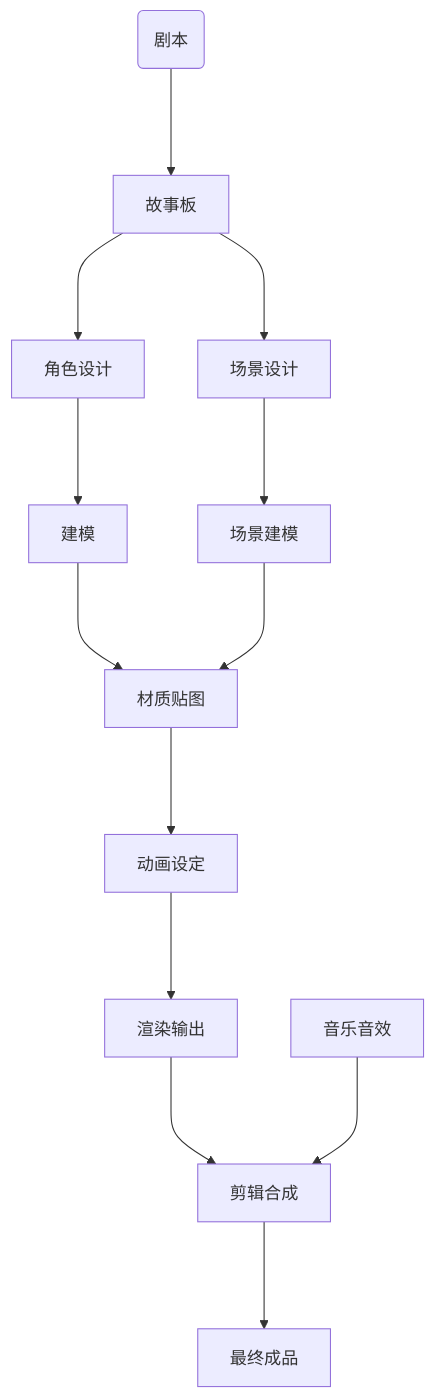
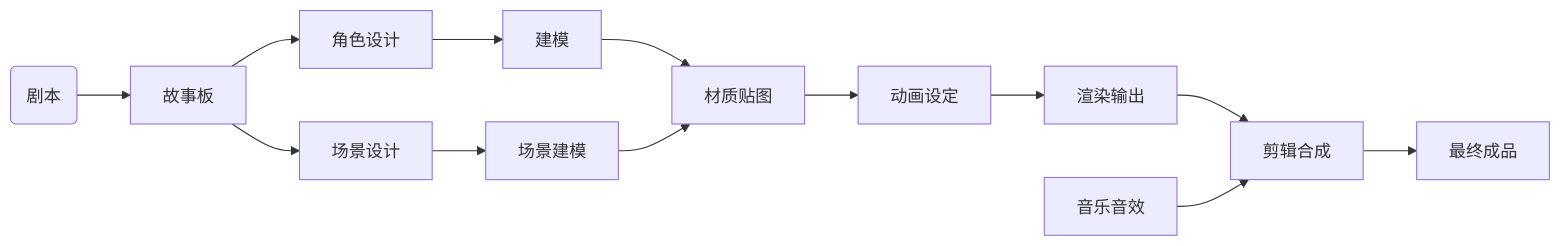
Before and after one commit to sduoffline/wiki: the first of 4 diagrams in course/Computer-Animation-Technology.md, drawn with Mermaid. The commit also changed other lines of this file, not shown here.

Commit message:
docs: update course/Computer-Animation-Technology

````diff
--- a/course/Computer-Animation-Technology.md
+++ b/course/Computer-Animation-Technology.md
@@ -208,15 +216,15 @@
 ```mermaid
-flowchart
-A(剧本)--->B[故事板]
-B--->C[角色设计]
-B--->D[场景设计]
-C--->E[建模]
-D--->F[场景建模]
-E--->G[材质贴图]
-F--->G
-G--->H[动画设定]
-H--->I[渲染输出]
-I--->J[剪辑合成]
-K[音乐音效]--->J
-J--->L[最终成品]
+flowchart LR
+A(剧本)-->B[故事板]
+B-->C[角色设计]
+B-->D[场景设计]
+C-->E[建模]
+D-->F[场景建模]
+E-->G[材质贴图]
+F-->G
+G-->H[动画设定]
+H-->I[渲染输出]
+I-->J[剪辑合成]
+K[音乐音效]-->J
+J-->L[最终成品]
 ```
````
